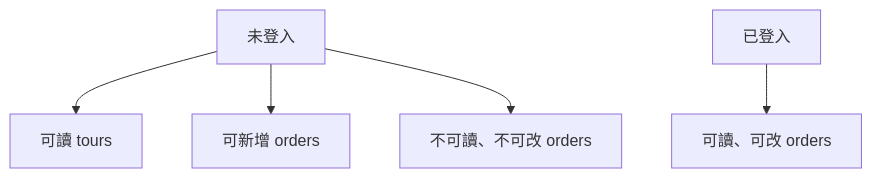
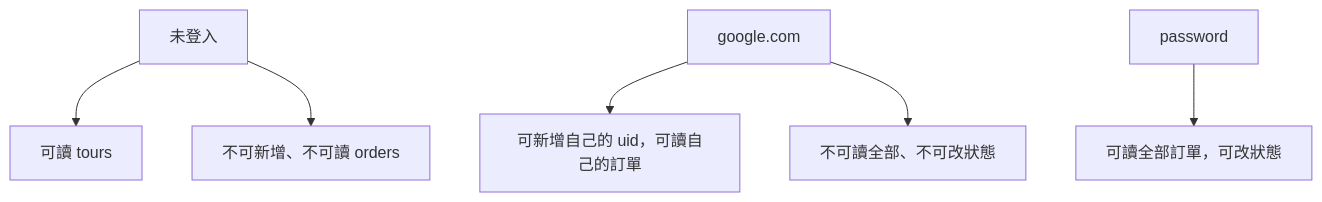
Before and after one commit to summer10920/summer10920.github.io: the fifth of 5 diagrams in source/_posts/lokiTech-15day-13-project-travel-api.md, drawn with Mermaid. The commit also changed other lines of this file and 3 other files, not shown here.

```diff
--- a/source/_posts/lokiTech-15day-13-project-travel-api.md
+++ b/source/_posts/lokiTech-15day-13-project-travel-api.md
@@ -1236,6 +1906,7 @@
 {% mermaid graph TD %}
   guest["未登入"] --> readTours["可讀 tours"]
-  guest --> createOrder["可新增 orders"]
-  guest --> deny["不可讀、不可改 orders"]
-  signed["已登入"] --> readOrders["可讀、可改 orders"]
+  guest --> deny["不可新增、不可讀 orders"]
+  google["google.com"] --> own["可新增自己的 uid，可讀自己的訂單"]
+  google --> denyAdmin["不可讀全部、不可改狀態"]
+  password["password"] --> all["可讀全部訂單，可改狀態"]
 {% endmermaid %}
```
